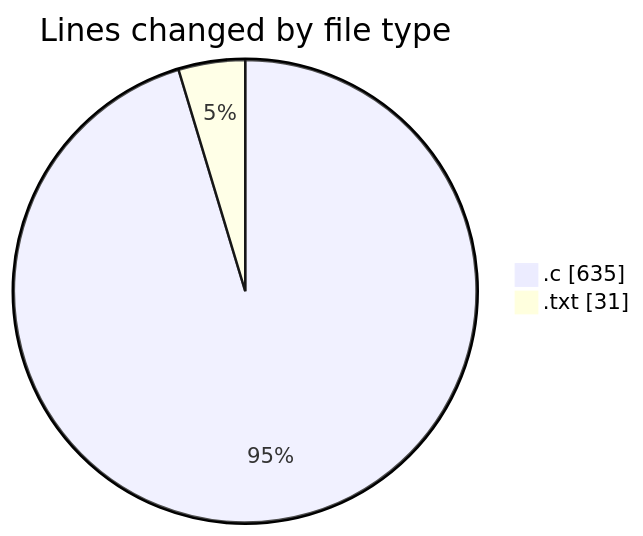
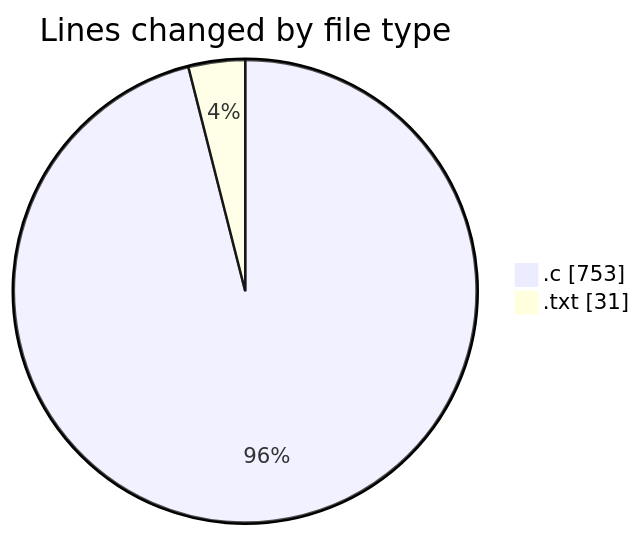
Before and after one commit to Ritupan-Deka/code-tracking: the first of 2 diagrams in 2025-01-26/search/README.md, drawn with Mermaid. The commit also changed other lines of this file and 1 other file, not shown here.

````diff
--- a/2025-01-26/search/README.md
+++ b/2025-01-26/search/README.md
@@ -22,6 +22,6 @@
 ```mermaid
 pie showData
 title Lines changed by file type
-".c" : 635
+".c" : 753
 ".txt" : 31
 ```
````
